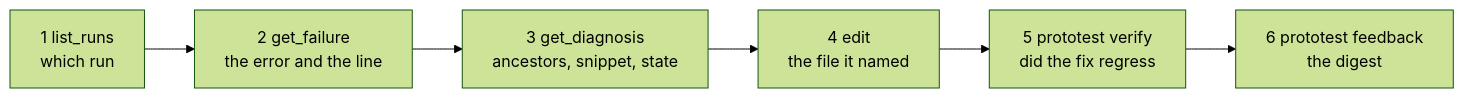
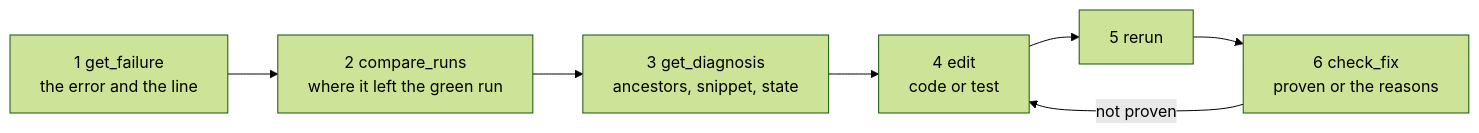
One commit to MSeys/ProtoTest changed the diagram in docs/docs/agent-workflows/coding-agents.md. Above: the diagram before and after it, drawn with Mermaid (forest theme). The commit also changed other lines of this file and 2 other files, not shown here.

Commit message:
Explain ProtoTest as the judge above a coding agent in the docs, the lesson and the README.

````diff
--- a/docs/docs/agent-workflows/coding-agents.md
+++ b/docs/docs/agent-workflows/coding-agents.md
@@ -26,8 +38,9 @@
 ```mermaid
 flowchart LR
-    a["1 list_runs<br/>which run"] --> b["2 get_failure<br/>the error and the line"]
+    a["1 get_failure<br/>the error and the line"] --> b["2 compare_runs<br/>where it left the green run"]
     b --> c["3 get_diagnosis<br/>ancestors, snippet, state"]
-    c --> d["4 edit<br/>the file it named"]
-    d --> e["5 prototest verify<br/>did the fix regress"]
-    e --> f["6 prototest feedback<br/>the digest"]
+    c --> d["4 edit<br/>code or test"]
+    d --> e["5 rerun"]
+    e --> f["6 check_fix<br/>proven or the reasons"]
+    f -->|"not proven"| d
 ```
````
